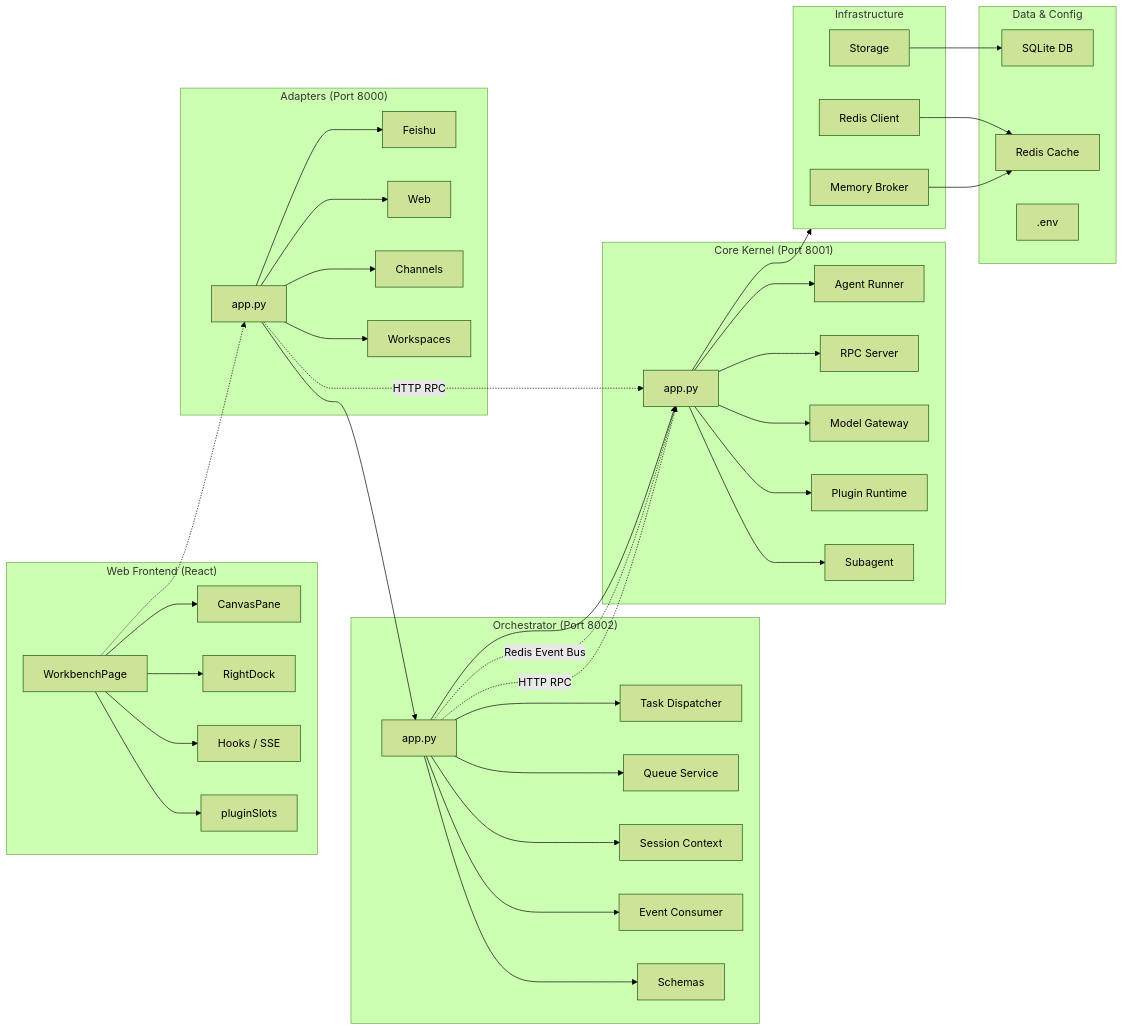
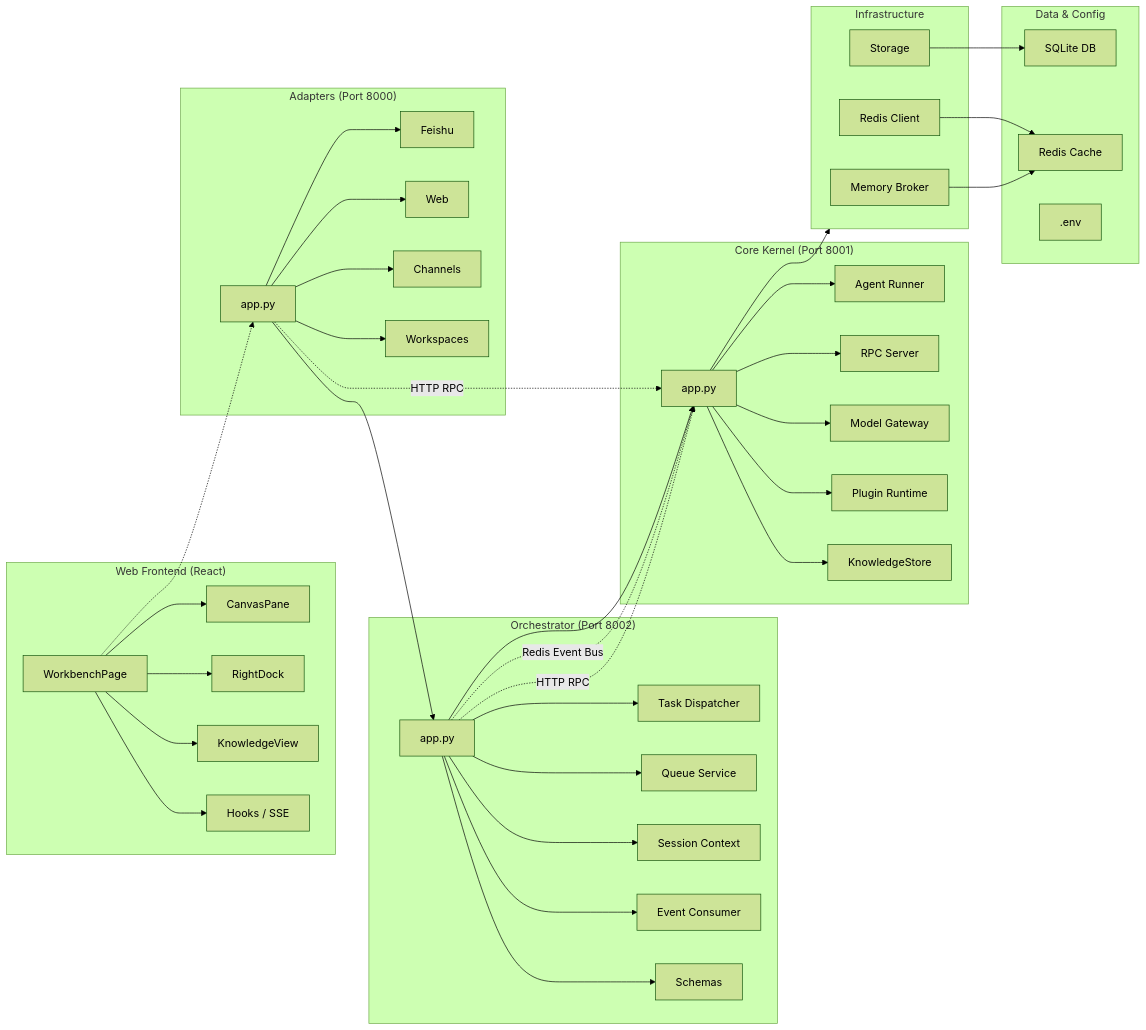
One commit to Dthurt/Nexus_lark_mind changed the diagram in docs/architecture.md. Above: the diagram before and after it, drawn with Mermaid (forest theme). The commit also changed other lines of this file and 15 other files, not shown here.

```diff
--- a/docs/architecture.md
+++ b/docs/architecture.md
@@ -140,8 +142,8 @@
         W1["WorkbenchPage"]
         W2["CanvasPane"]
         W3["RightDock"]
-        W4["Hooks / SSE"]
-        W5["pluginSlots"]
+        W4["KnowledgeView"]
+        W5["Hooks / SSE"]
     end
 
     subgraph Adapters["Adapters (Port 8000)"]
@@ -167,7 +169,7 @@
         K3["RPC Server"]
         K4["Model Gateway"]
         K5["Plugin Runtime"]
-        K6["Subagent"]
+        K6["KnowledgeStore"]
     end
 
     subgraph Infra["Infrastructure"]
```
